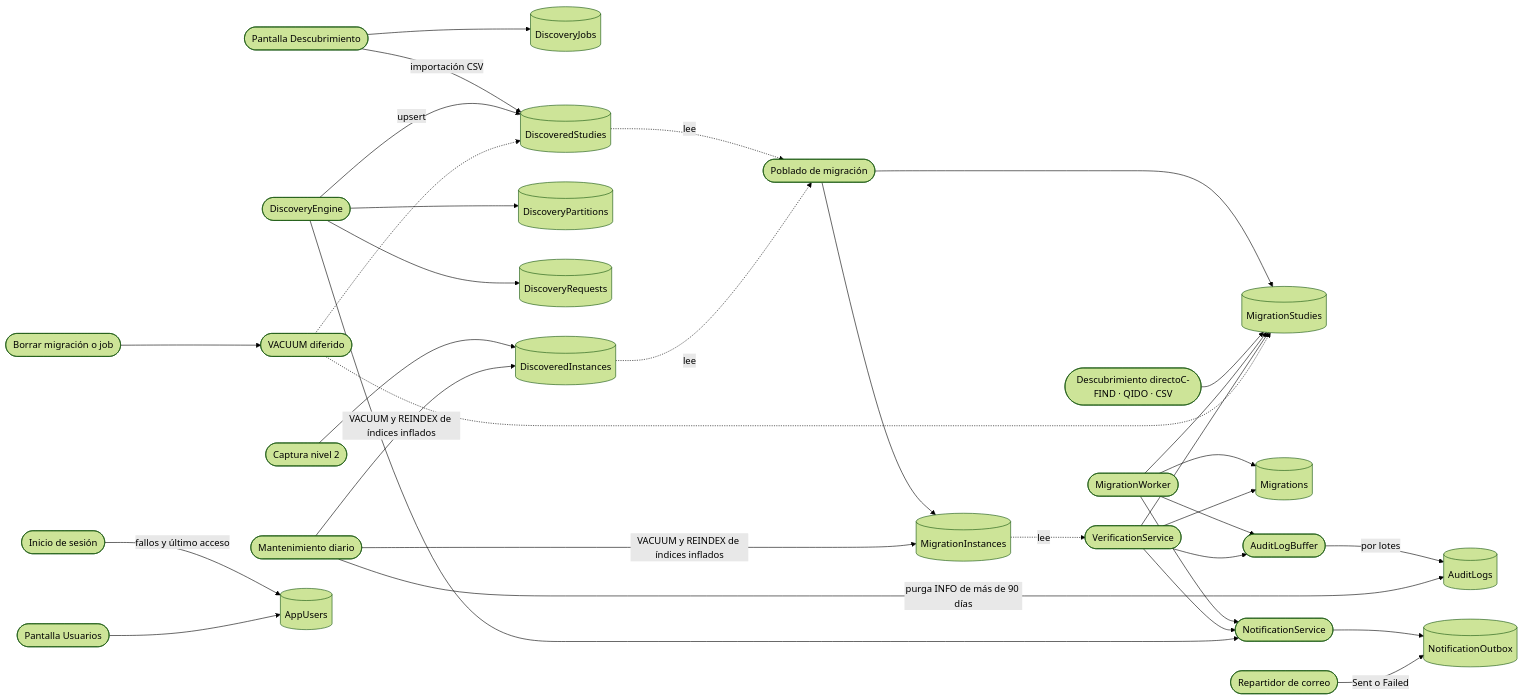
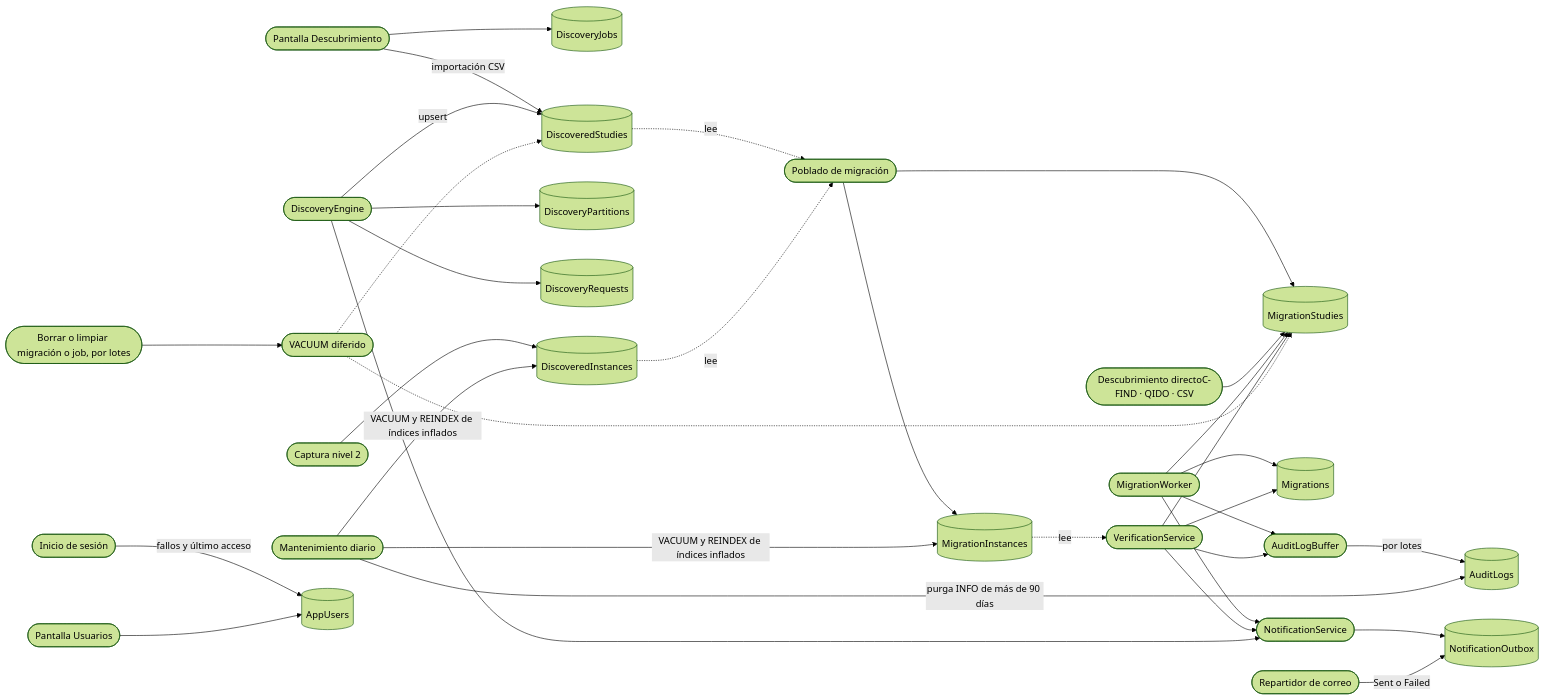
Diagram 12 of 12 in Base de datos de DICOM Migrator.md (jaguilarcorreo-spec/DicomMigradorPostgreSQL), drawn with Mermaid (forest theme) before and after one commit. The commit also changed other lines of this file and 7 other files, not shown here.

````diff
--- a/Base de datos de DICOM Migrator.md
+++ b/Base de datos de DICOM Migrator.md
@@ -569,35 +569,35 @@
 ```mermaid
 flowchart LR
   pDesc([Pantalla Descubrimiento]) --> tJobs[(DiscoveryJobs)]
   pDesc -- importación CSV --> tDS
   pEng([DiscoveryEngine]) --> tPart[(DiscoveryPartitions)]
   pEng --> tReq[(DiscoveryRequests)]
   pEng -- upsert --> tDS[(DiscoveredStudies)]
   pCap([Captura nivel 2]) --> tDI[(DiscoveredInstances)]
   tDS -. lee .-> pPop([Poblado de migración])
   tDI -. lee .-> pPop
   pPop --> tMS[(MigrationStudies)]
   pPop --> tMI[(MigrationInstances)]
   pDsv([Descubrimiento directoC-FIND · QIDO · CSV]) --> tMS
   pWrk([MigrationWorker]) --> tMS
   pVer([VerificationService]) --> tMS
   tMI -. lee .-> pVer
   pWrk --> tMig[(Migrations)]
   pVer --> tMig
   pWrk --> pBuf([AuditLogBuffer])
   pVer --> pBuf
   pBuf -- por lotes --> tAud[(AuditLogs)]
   pMnt([Mantenimiento diario]) -- purga INFO de más de 90 días --> tAud
   pMnt -- VACUUM y REINDEX de índices inflados --> tMI
   pMnt -- VACUUM y REINDEX de índices inflados --> tDI
-  pBorr([Borrar migración o job]) --> pVac([VACUUM diferido])
+  pBorr([Borrar o limpiar migración o job, por lotes]) --> pVac([VACUUM diferido])
   pVac -.-> tMS
   pVac -.-> tDS
   pWrk --> pNot([NotificationService])
   pVer --> pNot
   pEng --> pNot
   pNot --> tOut[(NotificationOutbox)]
   pDis([Repartidor de correo]) -- Sent o Failed --> tOut
   pLog([Inicio de sesión]) -- fallos y último acceso --> tUsr[(AppUsers)]
   pUsr([Pantalla Usuarios]) --> tUsr
 ```
````
